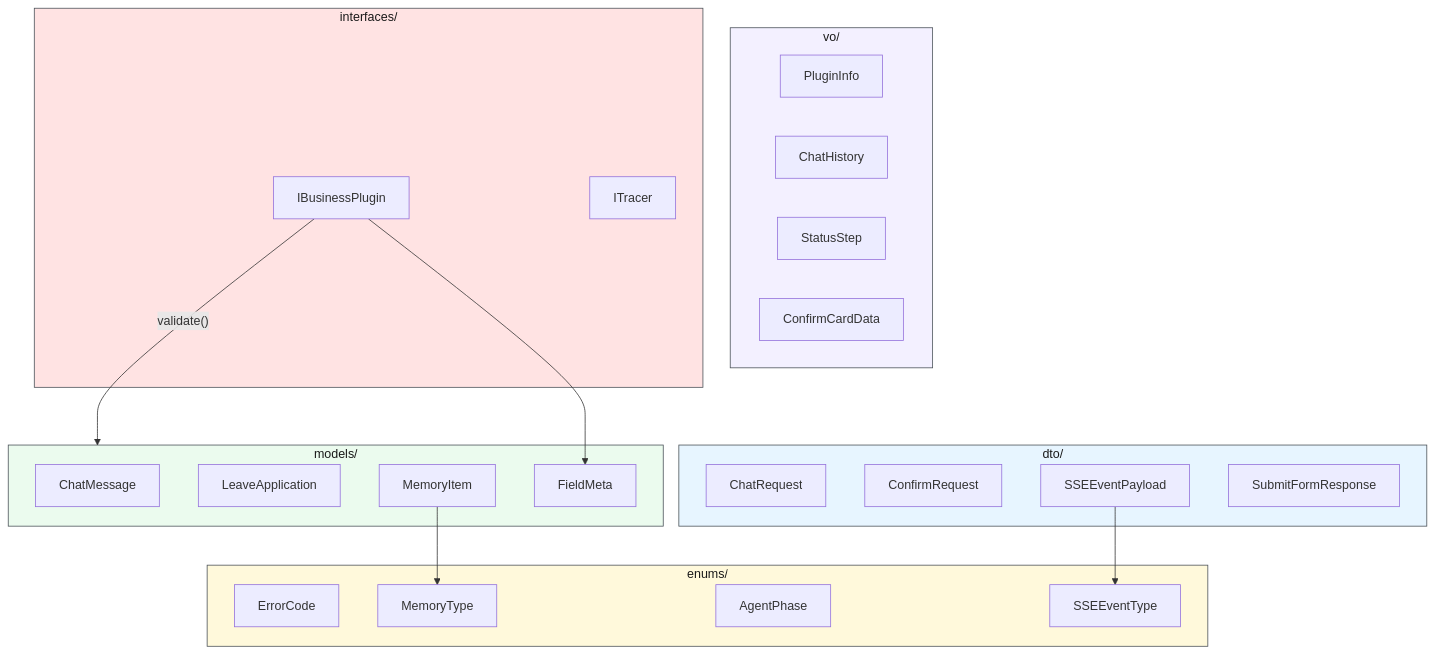
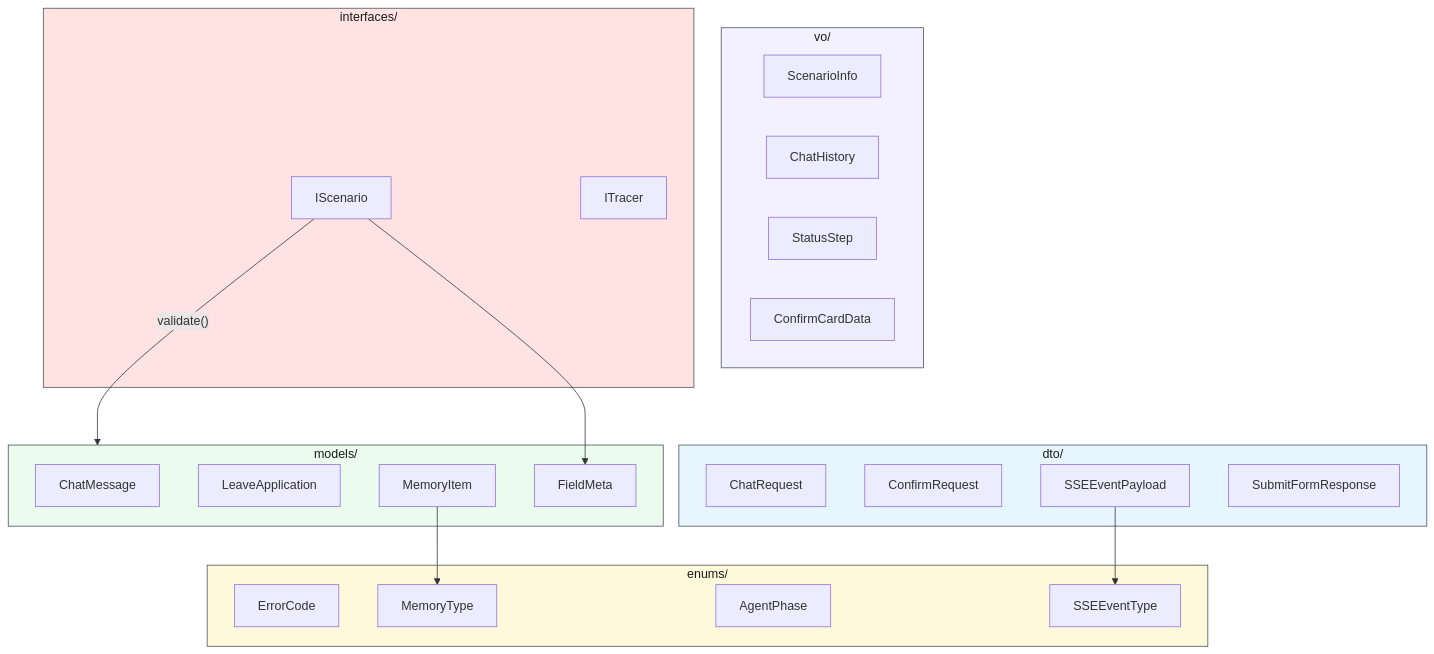
Before and after one commit to yjzaaa/leave-approval-agent: the first of 3 diagrams in src/domain/CLAUDE.md, drawn with Mermaid. The commit also changed other lines of this file and 80 other files, not shown here.

First line of the commit message:
refactor: Plugin → Scenario 全局重命名，消除业务术语歧义

````diff
--- a/src/domain/CLAUDE.md
+++ b/src/domain/CLAUDE.md
@@ -24,46 +24,46 @@
 ```mermaid
 graph TD
     subgraph Enums["enums/"]
         ErrorCode["ErrorCode"]
         MemoryType["MemoryType"]
         AgentPhase["AgentPhase"]
         SSEEventType["SSEEventType"]
     end
 
     subgraph Models["models/"]
         ChatMsg["ChatMessage"]
         LeaveForm["LeaveApplication"]
         MemoryItem["MemoryItem"]
         FieldMeta["FieldMeta"]
     end
 
     subgraph DTOs["dto/"]
         ChatReq["ChatRequest"]
         ConfirmReq["ConfirmRequest"]
         SSEPayload["SSEEventPayload"]
         SubmitResp["SubmitFormResponse"]
     end
 
     subgraph VOs["vo/"]
-        PluginInfo["PluginInfo"]
+        ScenarioInfo["ScenarioInfo"]
         ChatHistory["ChatHistory"]
         StatusStep["StatusStep"]
         ConfirmCard["ConfirmCardData"]
     end
 
     subgraph Ifaces["interfaces/"]
-        IBusinessPlugin["IBusinessPlugin"]
+        IScenario["IScenario"]
         ITracer["ITracer"]
     end
 
-    IBusinessPlugin --> FieldMeta
-    IBusinessPlugin -->|"validate()"| Models
+    IScenario --> FieldMeta
+    IScenario -->|"validate()"| Models
     SSEPayload --> SSEEventType
     MemoryItem --> MemoryType
 
     style Enums fill:#fff9db,stroke:#495057,color:#1a1a1a
     style Models fill:#ebfbee,stroke:#495057,color:#1a1a1a
     style DTOs fill:#e7f5ff,stroke:#495057,color:#1a1a1a
     style VOs fill:#f3f0ff,stroke:#495057,color:#1a1a1a
     style Ifaces fill:#ffe3e3,stroke:#495057,color:#1a1a1a
 ```
````
